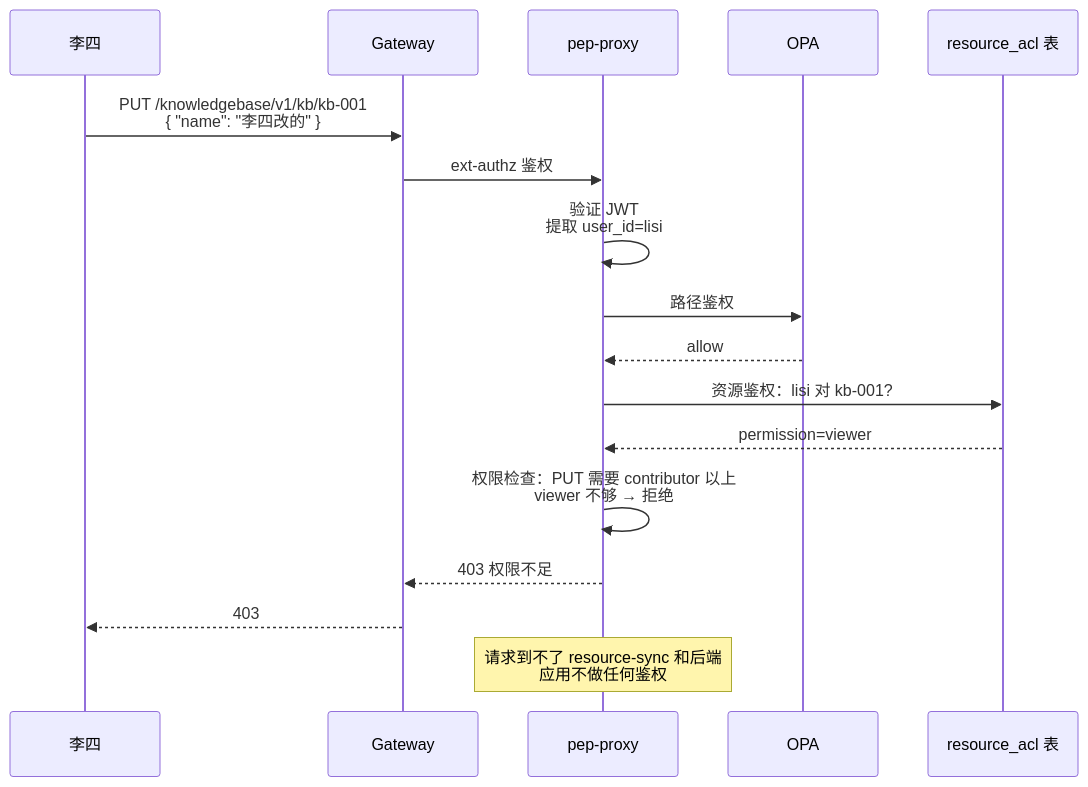
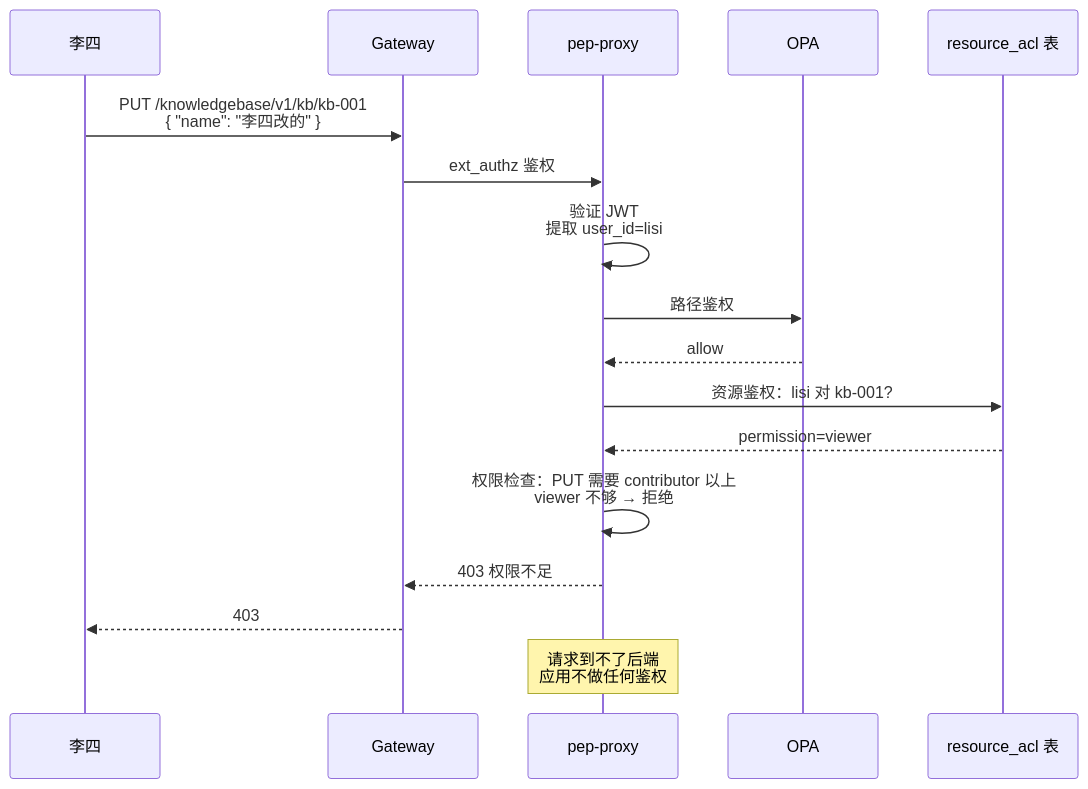
One commit to xiewanchao/aidp-iam changed the third of 15 diagrams in diagrams/request-flow.md. Above: the diagram before and after it, drawn with Mermaid. The commit also changed other lines of this file and 5 other files, not shown here.

````diff
--- a/diagrams/request-flow.md
+++ b/diagrams/request-flow.md
@@ -85,23 +92,23 @@
 ```mermaid
 sequenceDiagram
     participant U as 李四
     participant GW as Gateway
     participant PEP as pep-proxy
     participant OPA as OPA
     participant DB as resource_acl 表
 
     U->>GW: PUT /knowledgebase/v1/kb/kb-001<br/>{ "name": "李四改的" }
-    GW->>PEP: ext-authz 鉴权
+    GW->>PEP: ext_authz 鉴权
 
     PEP->>PEP: 验证 JWT<br/>提取 user_id=lisi
     PEP->>OPA: 路径鉴权
     OPA-->>PEP: allow
     PEP->>DB: 资源鉴权：lisi 对 kb-001?
     DB-->>PEP: permission=viewer
 
     PEP->>PEP: 权限检查：PUT 需要 contributor 以上<br/>viewer 不够 → 拒绝
     PEP-->>GW: 403 权限不足
     GW-->>U: 403
 
-    Note over PEP: 请求到不了 resource-sync 和后端<br/>应用不做任何鉴权
+    Note over PEP: 请求到不了后端<br/>应用不做任何鉴权
 ```
````
